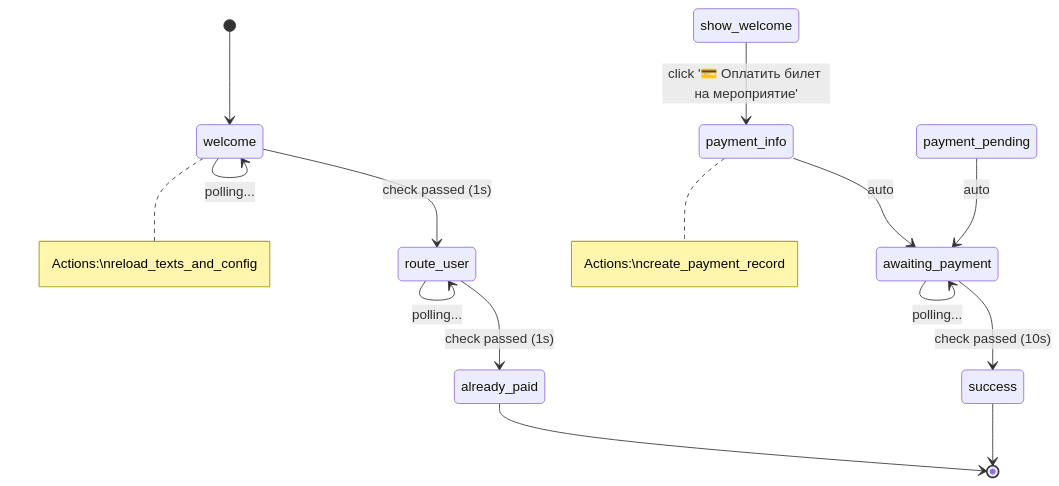
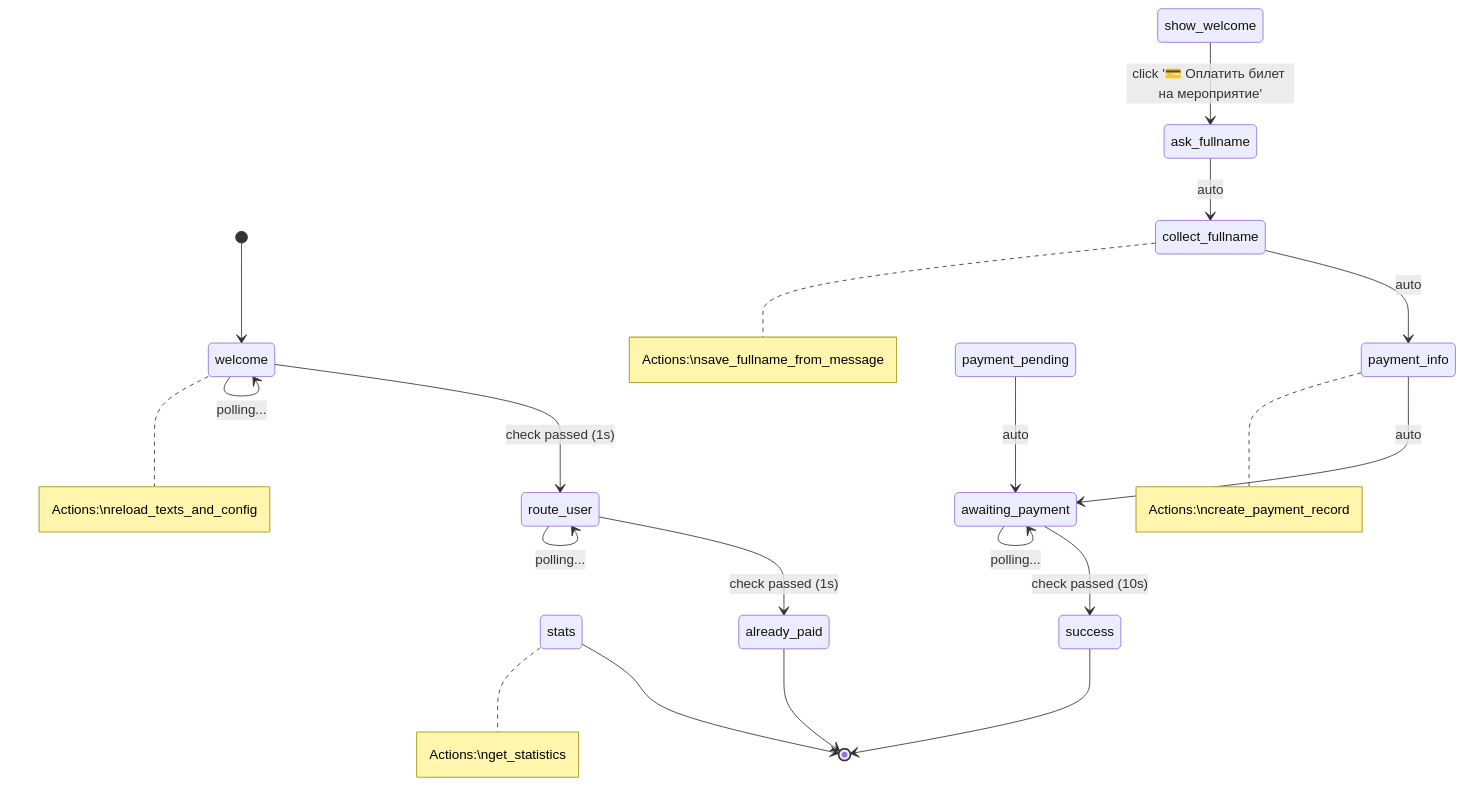
One commit to Jacke/meetping changed the diagram in docs/payment_flow.md. Above: the diagram before and after it, drawn with Mermaid. The commit also changed 6 other files, not shown here.

Commit message:
feat(core): add fio acceptance flow

````diff
--- a/docs/payment_flow.md
+++ b/docs/payment_flow.md
@@ -3,21 +3,30 @@
 ```mermaid
 stateDiagram-v2
     [*] --> welcome
     welcome --> route_user: check passed (1s)
     welcome --> welcome: polling...
     note right of welcome
         Actions:\nreload_texts_and_config
     end note
     route_user --> already_paid: check passed (1s)
     route_user --> route_user: polling...
-    show_welcome --> payment_info: click '💳 Оплатить билет на мероприятие'
+    show_welcome --> ask_fullname: click '💳 Оплатить билет на мероприятие'
+    ask_fullname --> collect_fullname: auto
+    collect_fullname --> payment_info: auto
+    note right of collect_fullname
+        Actions:\nsave_fullname_from_message
+    end note
     payment_pending --> awaiting_payment: auto
     already_paid --> [*]
     payment_info --> awaiting_payment: auto
     note right of payment_info
         Actions:\ncreate_payment_record
     end note
     awaiting_payment --> success: check passed (10s)
     awaiting_payment --> awaiting_payment: polling...
     success --> [*]
+    stats --> [*]
+    note right of stats
+        Actions:\nget_statistics
+    end note
 ```
````
